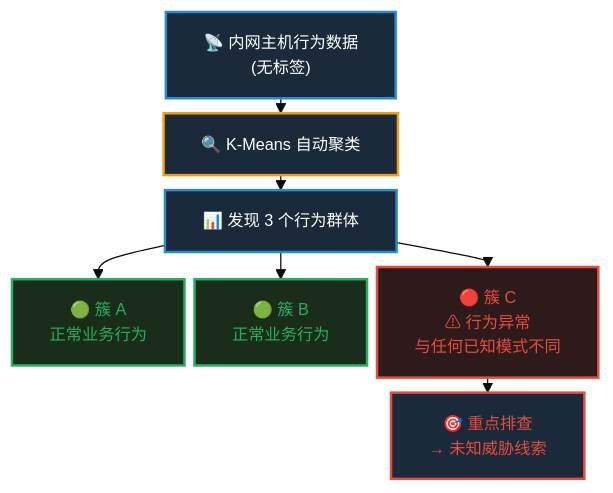
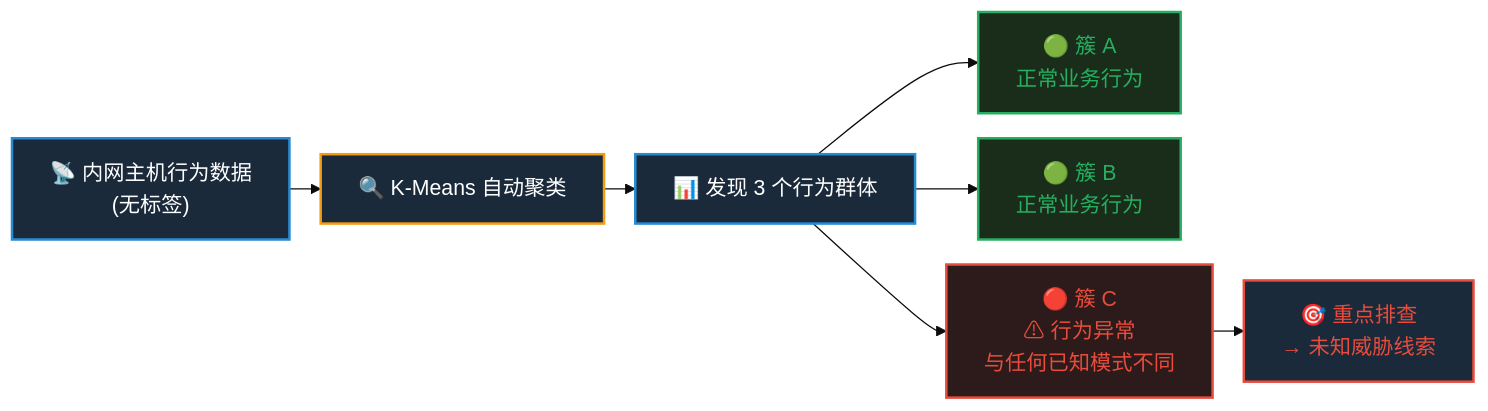
One commit to YangYibiao/yangyibiao.github.io changed the first of 3 diagrams in datamining/slides/03_kmeans.md. Above: the diagram before and after it, drawn with Mermaid. The commit also changed other lines of this file and 13 other files, not shown here.

First line of the commit message:
datamining: add course index page; polish decks (layout, emphasis, font-size floor)

````diff
--- a/datamining/slides/03_kmeans.md
+++ b/datamining/slides/03_kmeans.md
@@ -207,21 +209,21 @@
 ```mermaid
-%%{init: { 'theme': 'base', 'themeVariables': { 'fontSize': '13px' }, 'flowchart': { 'htmlLabels': true, 'nodeSpacing': 8, 'rankSpacing': 12 } } }%%
-flowchart TD
+%%{init: { 'theme': 'base', 'themeVariables': { 'fontSize': '17px', 'fontFamily': 'LXGWWenKai, \"Noto Sans SC\", sans-serif' }, 'flowchart': { 'nodeSpacing': 20, 'rankSpacing': 25 } } }%%
+flowchart LR
     A["📡 内网主机行为数据 <br/> (无标签)"]
     --> B["🔍 K-Means 自动聚类"]
     --> C["📊 发现 3 个行为群体"]
 
     C --> D["🟢 簇 A<br/> 正常业务行为"]
     C --> E["🟢 簇 B<br/> 正常业务行为"]
     C --> F["🔴 簇 C<br/> ⚠ 行为异常 <br/> 与任何已知模式不同"]
 
     F --> G["🎯 重点排查 <br/>→ 未知威胁线索"]
 
     style A fill:#1a2a3a,stroke:#268bd2,stroke-width:2px,color:#fff
     style B fill:#1a2a3a,stroke:#f39c12,stroke-width:2px,color:#fff
     style C fill:#1a2a3a,stroke:#268bd2,stroke-width:2px,color:#fff
     style D fill:#1a2d1a,stroke:#27ae60,stroke-width:2px,color:#27ae60
     style E fill:#1a2d1a,stroke:#27ae60,stroke-width:2px,color:#27ae60
     style F fill:#2d1b1b,stroke:#e74c3c,stroke-width:2px,color:#e74c3c
     style G fill:#1a2a3a,stroke:#e74c3c,stroke-width:2px,color:#e74c3c
 ```
````
